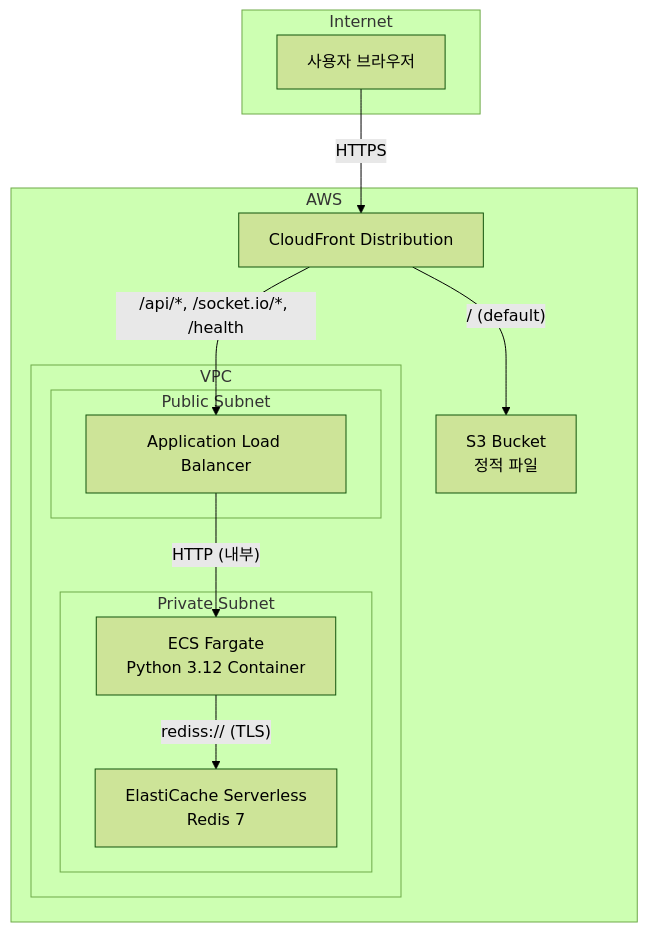
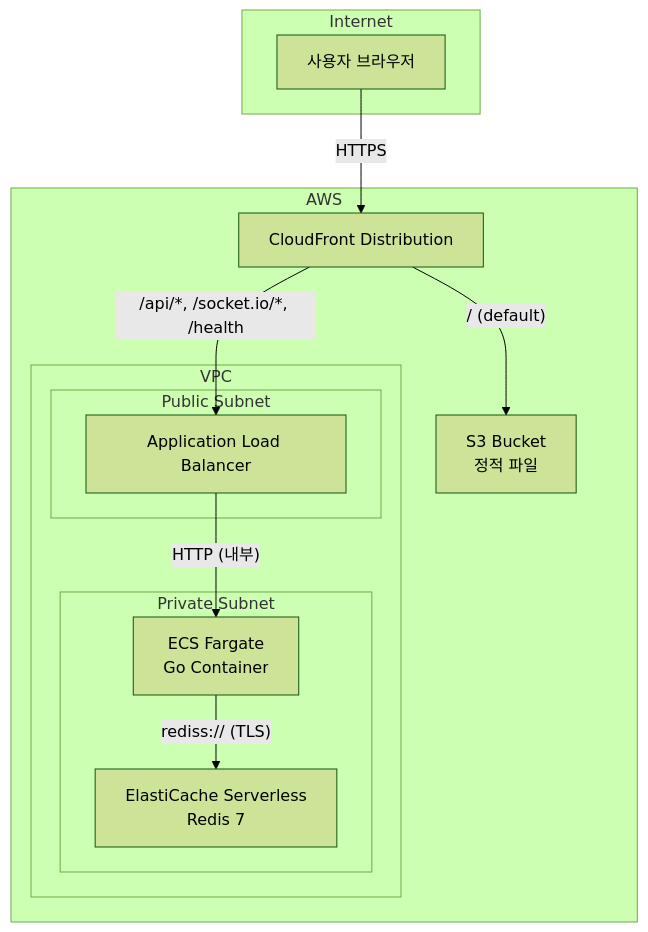
The second of 2 diagrams in docs/explanation/architecture-overview.md (team-astrophage/hwarr), drawn with Mermaid (forest theme) before and after one commit. The commit also changed other lines of this file and 19 other files, not shown here.

````diff
--- a/docs/explanation/architecture-overview.md
+++ b/docs/explanation/architecture-overview.md
@@ -201,27 +196,27 @@
 ```mermaid
 graph TB
     subgraph Internet
         USER[사용자 브라우저]
     end
 
     subgraph AWS
         CF[CloudFront Distribution]
         S3[S3 Bucket<br/>정적 파일]
 
         subgraph VPC
             subgraph Public Subnet
                 ALB[Application Load Balancer]
             end
             subgraph Private Subnet
-                ECS[ECS Fargate<br/>Python 3.12 Container]
+                ECS[ECS Fargate<br/>Go Container]
                 REDIS[ElastiCache Serverless<br/>Redis 7]
             end
         end
     end
 
     USER -- "HTTPS" --> CF
     CF -- "/ (default)" --> S3
     CF -- "/api/*, /socket.io/*, /health" --> ALB
     ALB -- "HTTP (내부)" --> ECS
     ECS -- "rediss:// (TLS)" --> REDIS
 ```
````
